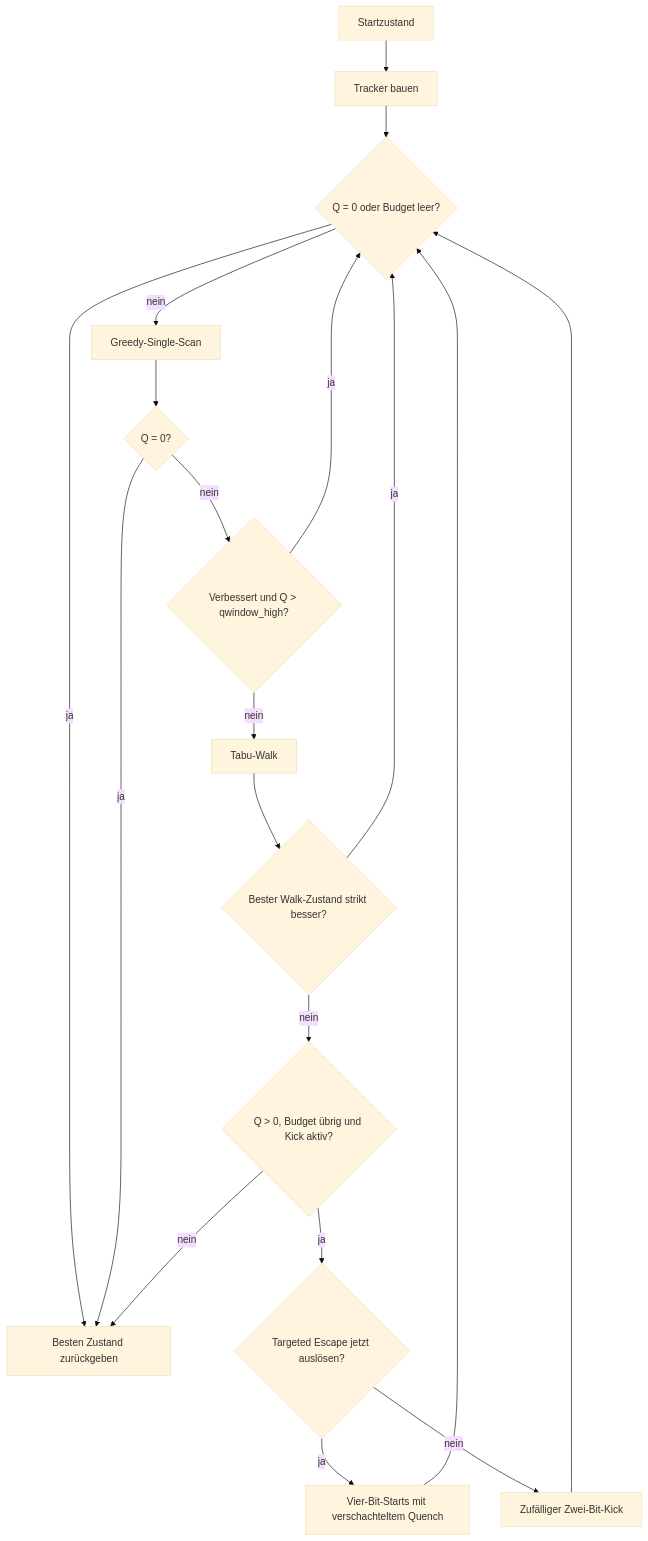
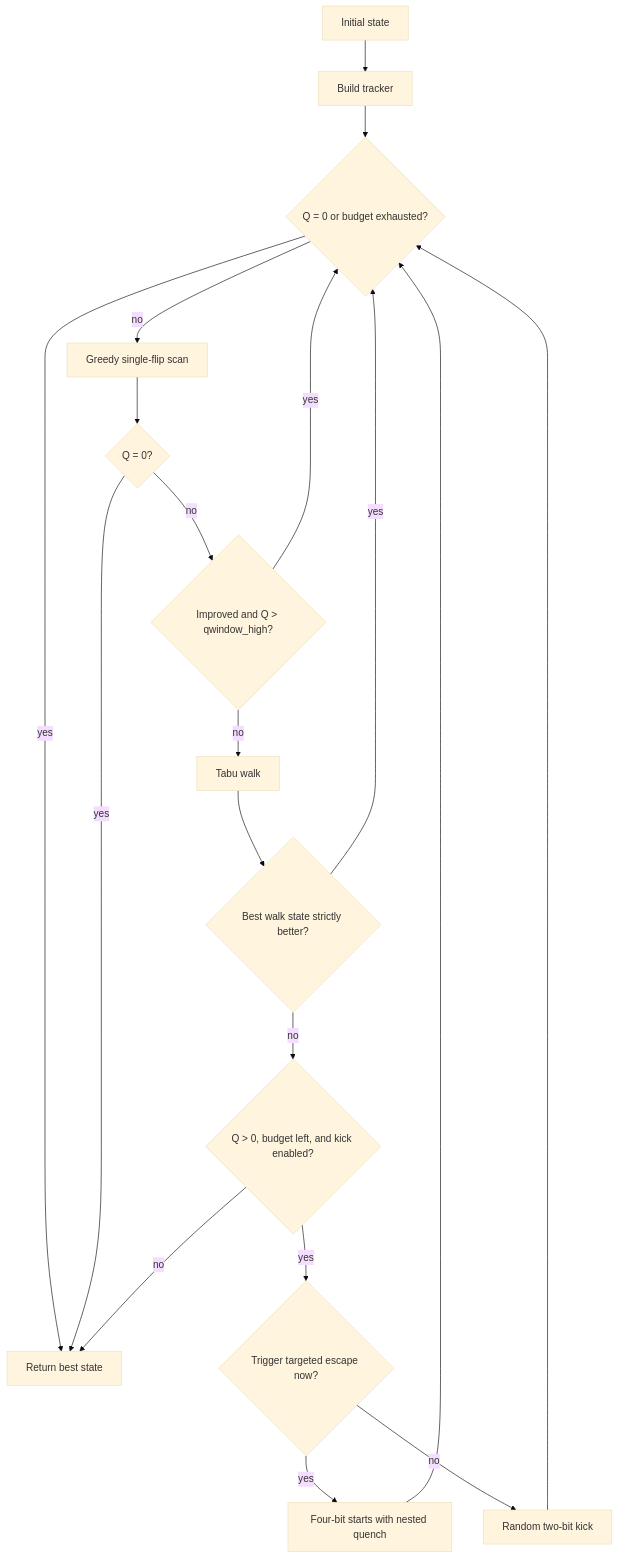
One commit to SmolBlackHole/hadamard-668 changed the diagram in docs/solver.md. Above: the diagram before and after it, drawn with Mermaid (base theme). The commit also changed other lines of this file and 23 other files, not shown here.

````diff
--- a/docs/solver.md
+++ b/docs/solver.md
@@ -14,21 +31,21 @@
 ```mermaid
 flowchart TD
-    Start["Startzustand"] --> Build["Tracker bauen"]
-    Build --> Stop{"Q = 0 oder Budget leer?"}
-    Stop -->|ja| Done["Besten Zustand zurückgeben"]
-    Stop -->|nein| Greedy["Greedy-Single-Scan"]
+    Start["Initial state"] --> Build["Build tracker"]
+    Build --> Stop{"Q = 0 or budget exhausted?"}
+    Stop -->|yes| Done["Return best state"]
+    Stop -->|no| Greedy["Greedy single-flip scan"]
     Greedy --> GreedySolved{"Q = 0?"}
-    GreedySolved -->|ja| Done
-    GreedySolved -->|nein| Gate{"Verbessert und Q > qwindow_high?"}
-    Gate -->|ja| Stop
-    Gate -->|nein| Tabu["Tabu-Walk"]
-    Tabu --> Better{"Bester Walk-Zustand strikt besser?"}
-    Better -->|ja| Stop
-    Better -->|nein| CanEscape{"Q > 0, Budget übrig und Kick aktiv?"}
-    CanEscape -->|nein| Done
-    CanEscape -->|ja| Escape{"Targeted Escape jetzt auslösen?"}
-    Escape -->|ja| Targeted["Vier-Bit-Starts mit verschachteltem Quench"]
-    Escape -->|nein| Kick["Zufälliger Zwei-Bit-Kick"]
+    GreedySolved -->|yes| Done
+    GreedySolved -->|no| Gate{"Improved and Q > qwindow_high?"}
+    Gate -->|yes| Stop
+    Gate -->|no| Tabu["Tabu walk"]
+    Tabu --> Better{"Best walk state strictly better?"}
+    Better -->|yes| Stop
+    Better -->|no| CanEscape{"Q > 0, budget left, and kick enabled?"}
+    CanEscape -->|no| Done
+    CanEscape -->|yes| Escape{"Trigger targeted escape now?"}
+    Escape -->|yes| Targeted["Four-bit starts with nested quench"]
+    Escape -->|no| Kick["Random two-bit kick"]
     Targeted --> Stop
     Kick --> Stop
 ```
````
